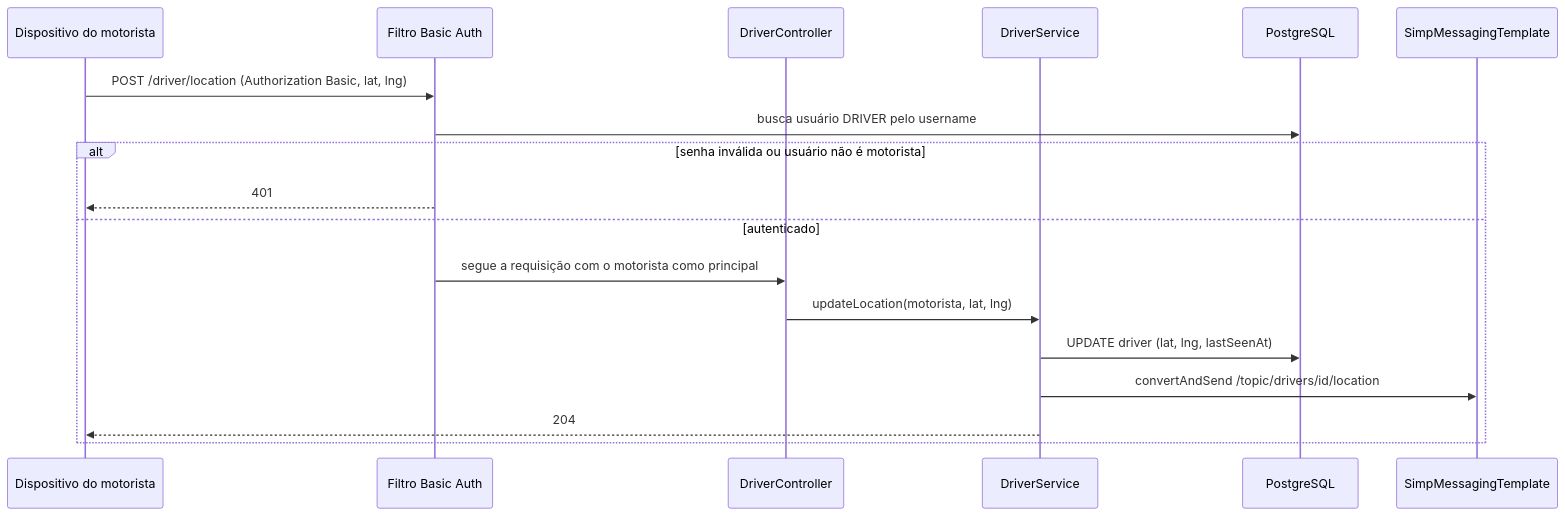
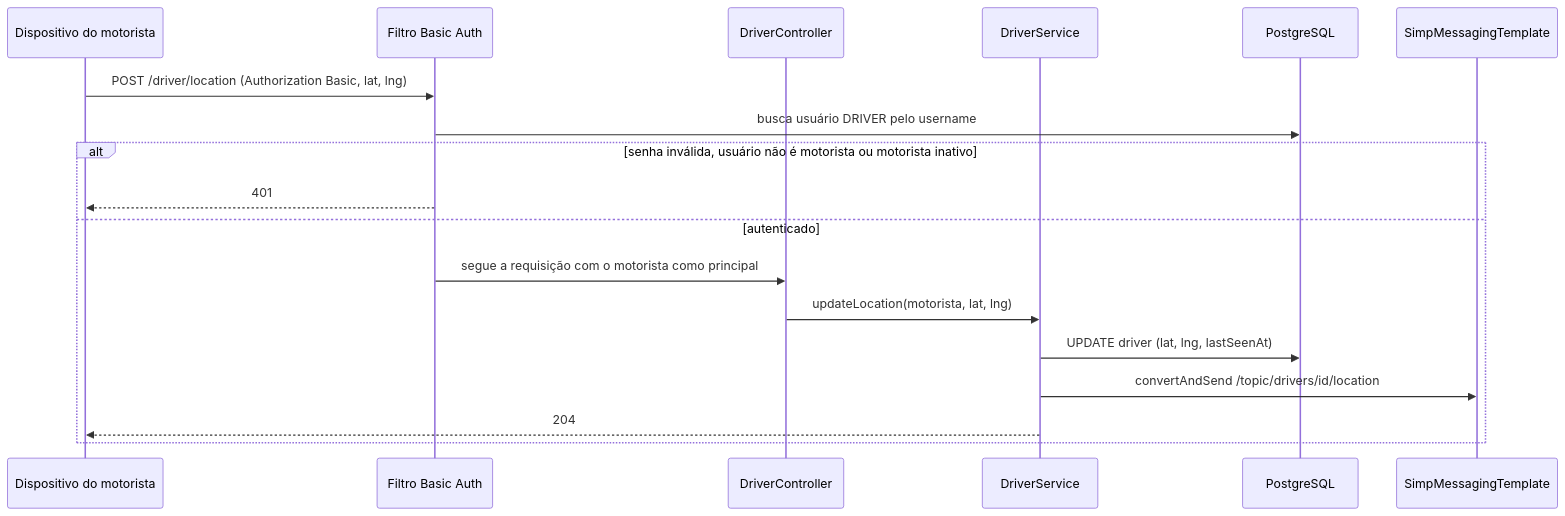
Before and after one commit to Edryck/kj-fleets: the sixth of 17 diagrams in docs/flows.md, drawn with Mermaid. The commit also changed other lines of this file and 6 other files, not shown here.

````diff
--- a/docs/flows.md
+++ b/docs/flows.md
@@ -125,21 +125,21 @@
 ```mermaid
 sequenceDiagram
     participant D as Dispositivo do motorista
     participant F as Filtro Basic Auth
     participant C as DriverController
     participant S as DriverService
     participant DB as PostgreSQL
     participant WS as SimpMessagingTemplate
 
     D->>F: POST /driver/location (Authorization Basic, lat, lng)
     F->>DB: busca usuário DRIVER pelo username
-    alt senha inválida ou usuário não é motorista
+    alt senha inválida, usuário não é motorista ou motorista inativo
         F-->>D: 401
     else autenticado
         F->>C: segue a requisição com o motorista como principal
         C->>S: updateLocation(motorista, lat, lng)
         S->>DB: UPDATE driver (lat, lng, lastSeenAt)
         S->>WS: convertAndSend /topic/drivers/id/location
         S-->>D: 204
     end
 ```
````
